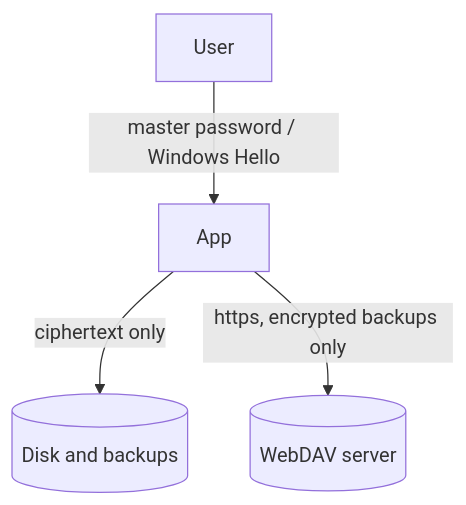
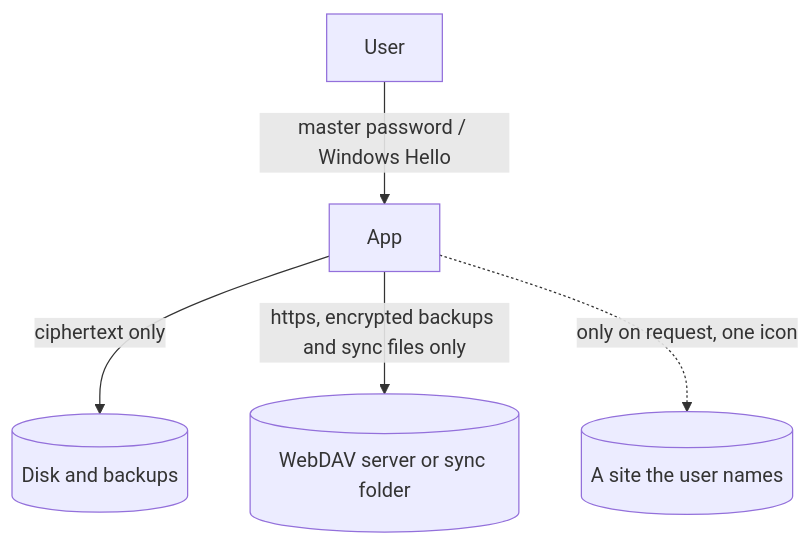
The diagram in docs/ThreatModel.md (GabrielVergara/MasterSafeAuthenticator), drawn with Mermaid before and after one commit. The commit also changed other lines of this file and 97 other files, not shown here.

````diff
--- a/docs/ThreatModel.md
+++ b/docs/ThreatModel.md
@@ -11,6 +11,7 @@
 ```mermaid
 flowchart TD
     User -->|master password / Windows Hello| App
     App -->|ciphertext only| Disk[(Disk and backups)]
-    App -->|https, encrypted backups only| Cloud[(WebDAV server)]
+    App -->|https, encrypted backups and sync files only| Cloud[(WebDAV server or sync folder)]
+    App -.->|only on request, one icon| Site[(A site the user names)]
 ```
````
